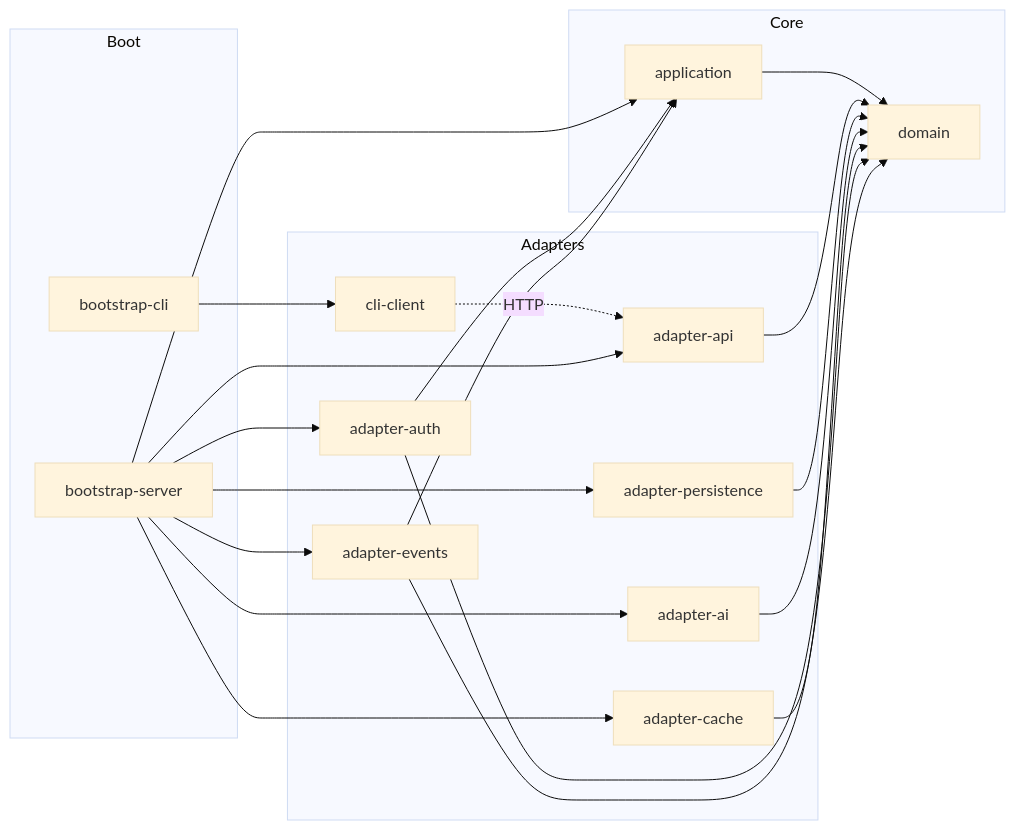
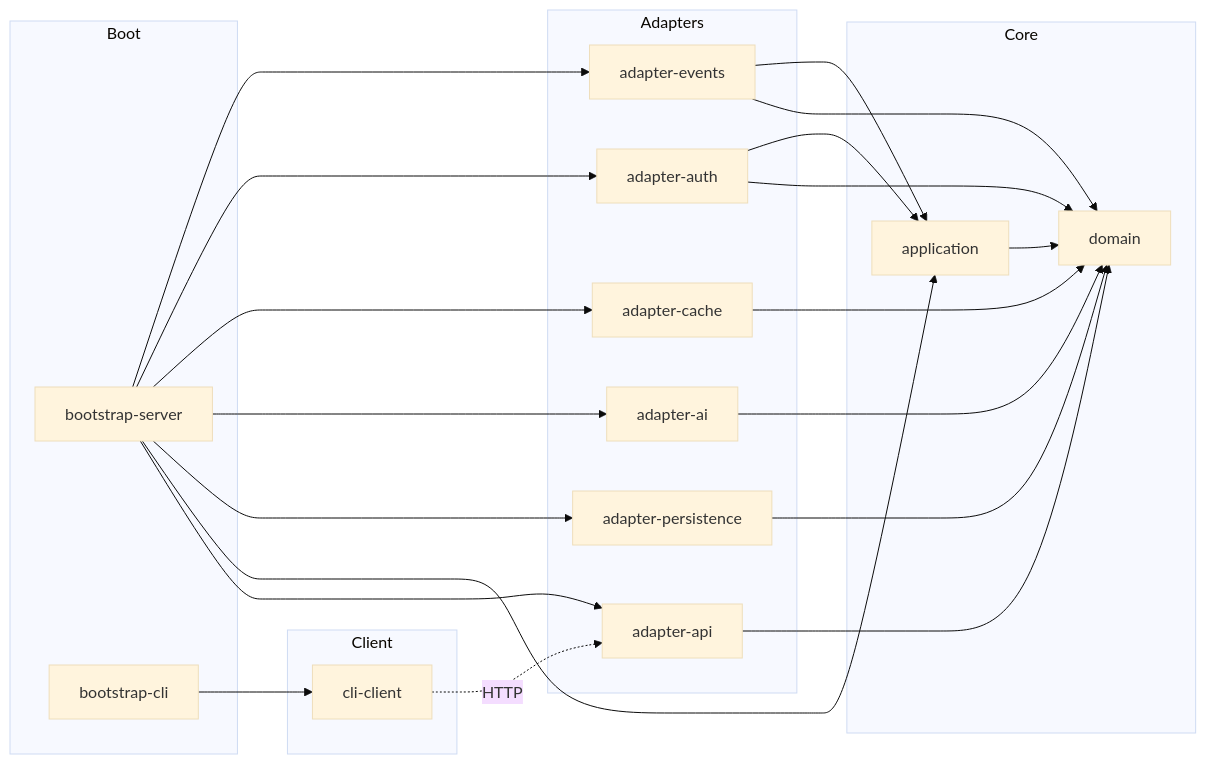
Before and after one commit to JuanPabloJimenezEsclusa/alexandra-job-tracker: the first of 3 diagrams in README.md, drawn with Mermaid (base theme). The commit also changed other lines of this file and 17 other files, not shown here.

````diff
--- a/README.md
+++ b/README.md
@@ -94,29 +94,32 @@
 ```mermaid
 flowchart LR
   subgraph bootstrap [Boot]
     bootstrap-server
     bootstrap-cli
   end
 
   subgraph core [Core]
     domain
     application
   end
 
+  subgraph cli [Client]
+    cli-client
+  end
+
   subgraph adapters [Adapters]
     adapter-api
     adapter-auth
     adapter-persistence
     adapter-ai
     adapter-cache
-    cli-client
     adapter-events
   end
 
   application --> domain
   cli-client -.-> |HTTP| adapter-api
   bootstrap-server --> adapter-api & application & adapter-persistence & adapter-ai & adapter-cache & adapter-auth & adapter-events
   adapter-api & adapter-persistence & adapter-ai & adapter-cache & adapter-auth & adapter-events --> domain
   adapter-auth & adapter-events --> application
   bootstrap-cli --> cli-client
 ```
````
